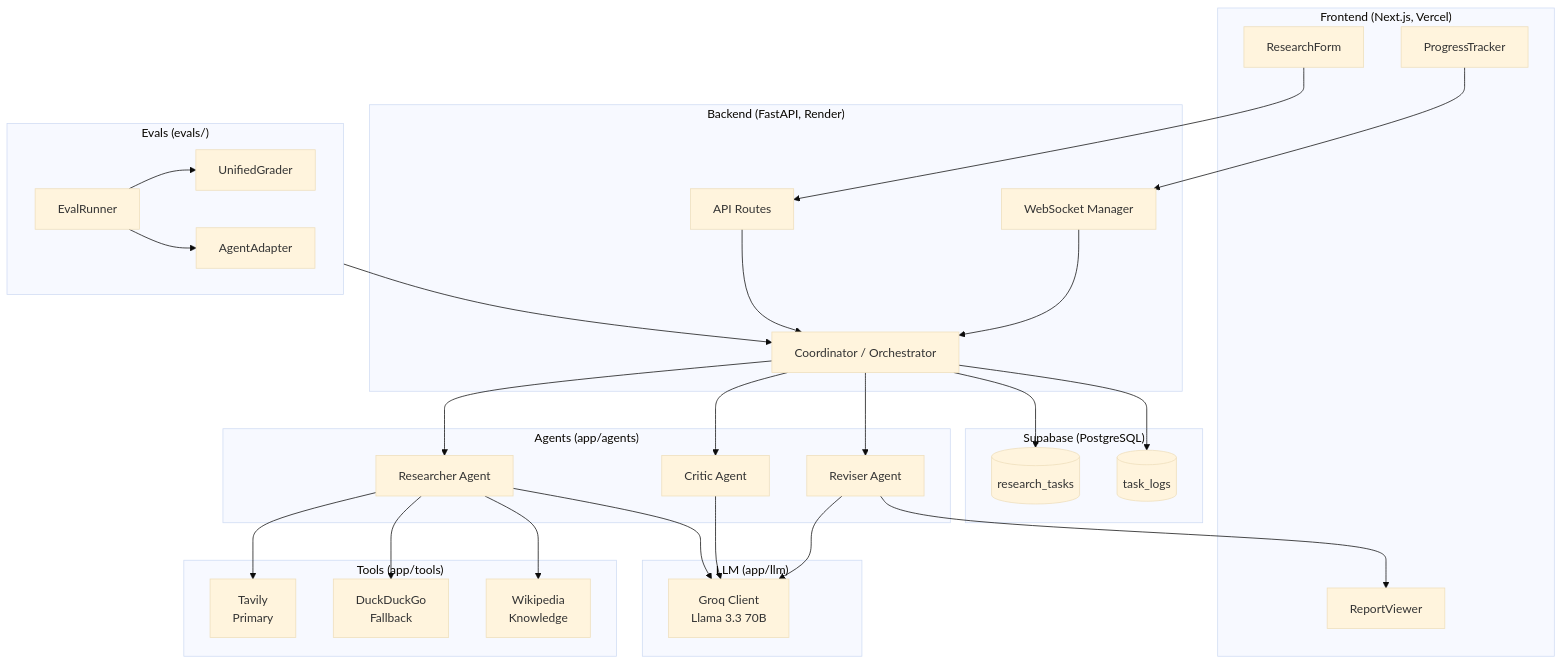
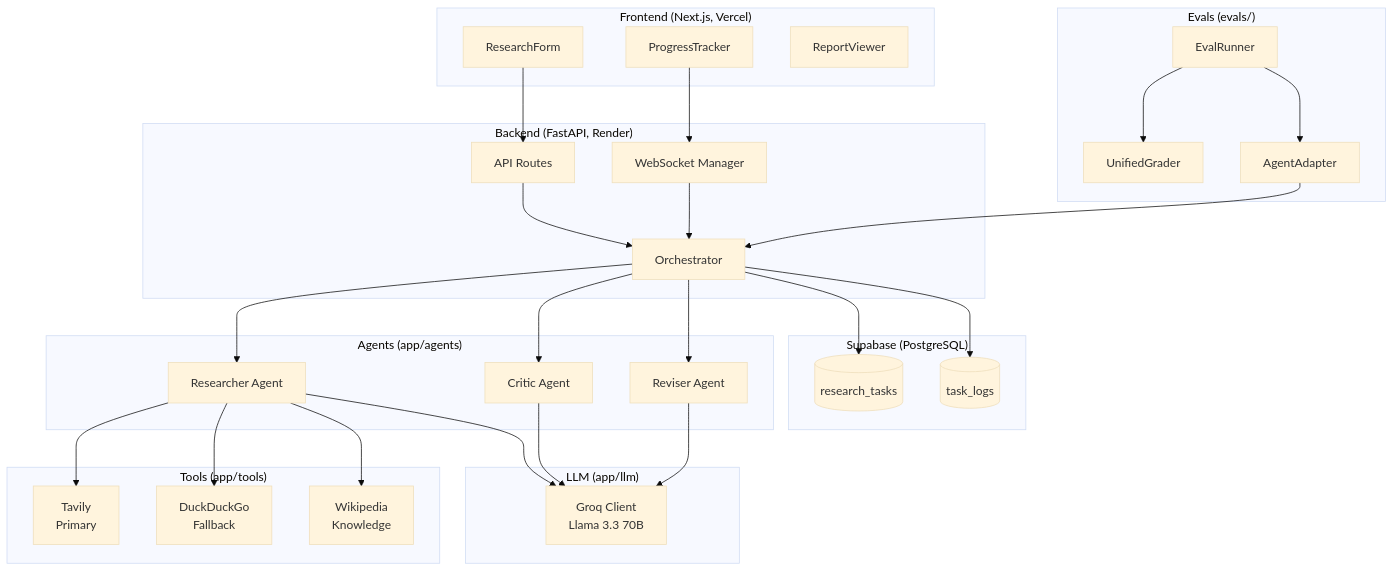
The diagram in README.md (tarunkauxhik/SynapseAI), drawn with Mermaid (base theme) before and after one commit.

Commit message:
updated architecture flow

````diff
--- a/README.md
+++ b/README.md
@@ -10,61 +10,60 @@
 ```mermaid
 flowchart TB
     subgraph Frontend["Frontend (Next.js, Vercel)"]
         ResearchForm[ResearchForm]
         ProgressTracker[ProgressTracker]
         ReportViewer[ReportViewer]
     end
 
     subgraph Backend["Backend (FastAPI, Render)"]
         API[API Routes]
         WS[WebSocket Manager]
-        Coord[Coordinator / Orchestrator]
+        Coord[Orchestrator]
     end
 
     subgraph Agents["Agents (app/agents)"]
         Researcher[Researcher Agent]
         Critic[Critic Agent]
         Reviser[Reviser Agent]
     end
 
     subgraph Tools["Tools (app/tools)"]
         Tavily[Tavily\nPrimary]
         DDG[DuckDuckGo\nFallback]
         Wiki[Wikipedia\nKnowledge]
     end
 
     subgraph LLM["LLM (app/llm)"]
         Groq[Groq Client\nLlama 3.3 70B]
     end
 
     subgraph DB["Supabase (PostgreSQL)"]
         Tasks[(research_tasks)]
         Logs[(task_logs)]
     end
 
     subgraph Evals["Evals (evals/)"]
         Runner[EvalRunner]
         Grader[UnifiedGrader]
         Adapter[AgentAdapter]
     end
 
     ResearchForm --> API
     ProgressTracker --> WS
     API --> Coord
     WS --> Coord
     Coord --> Researcher
     Coord --> Critic
     Coord --> Reviser
     Coord --> Tasks
     Coord --> Logs
     Researcher --> Tavily
     Researcher --> DDG
     Researcher --> Wiki
     Researcher --> Groq
     Critic --> Groq
     Reviser --> Groq
-    Reviser --> ReportViewer
-    Evals --> Coord
+    Adapter --> Coord
     Runner --> Grader
     Runner --> Adapter
 ```
````
